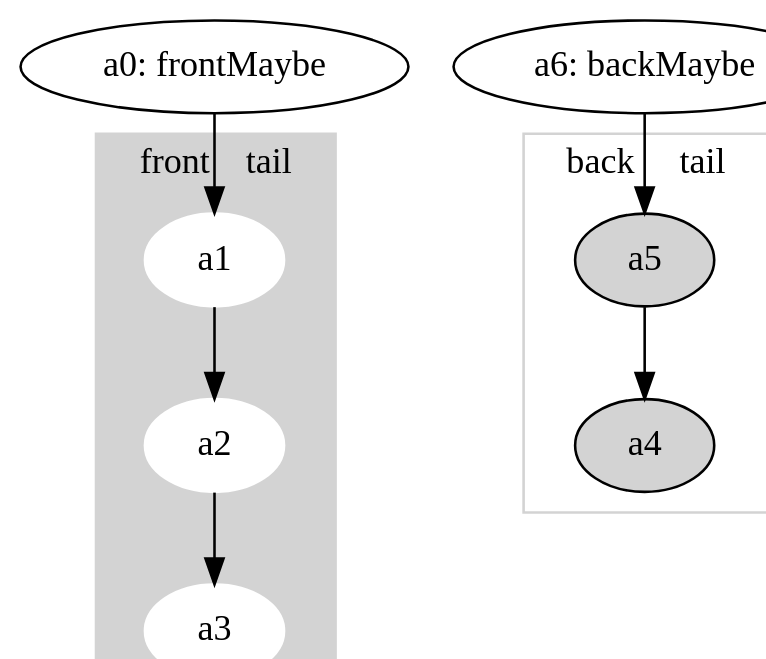
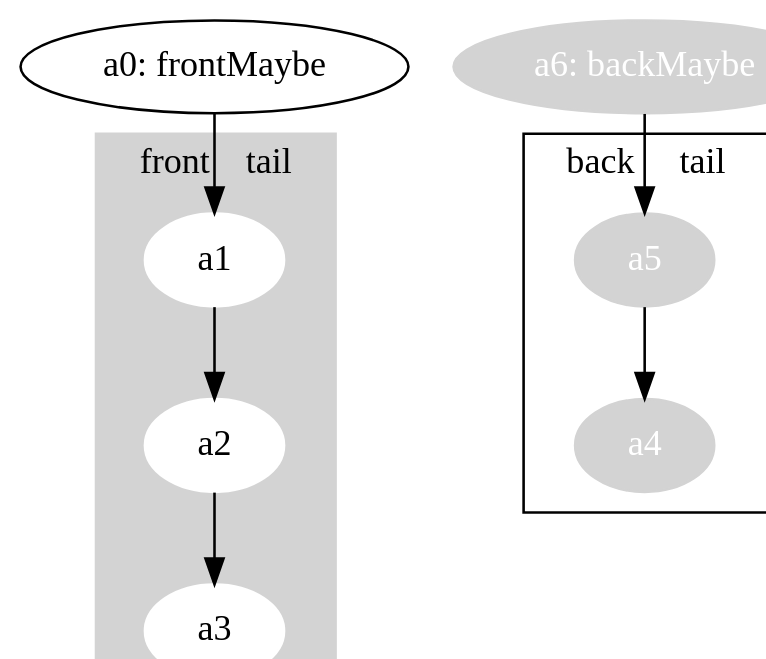
Diagram 19 of 19 in manuscript/book.org (fommil/fpmortals), drawn with Graphviz before and after one commit. The commit also changed other lines of this file and 2 other files, not shown here.

```diff
--- a/manuscript/book.org
+++ b/manuscript/book.org
@@ -7177,26 +7176,25 @@
 #+BEGIN_SRC dot :cmd dot :file images/dequeue.png :exports results
 digraph G {
     graph [dpi=100];
     node [fontname=Hack];
 
     subgraph cluster_front {
         style=filled;
         color=lightgrey;
         node [style=filled,color=white];
         a1;
         a1 -> a2 -> a3;
         label = "front    tail";
     }
 
     subgraph cluster_back {
-        node [style=filled];
+        node [style=filled,fontcolor=white,color=lightgray];
         a5 -> a4
         label = "back     tail";
-        color=lightgray;
     }
     a0 [label="a0: frontMaybe"];
-    a6 [label="a6: backMaybe"];
+    a6 [label="a6: backMaybe",style=filled,color=lightgray,fontcolor=white];
     a0 -> a1;
     a6 -> a5;
 }
 #+END_SRC
```
